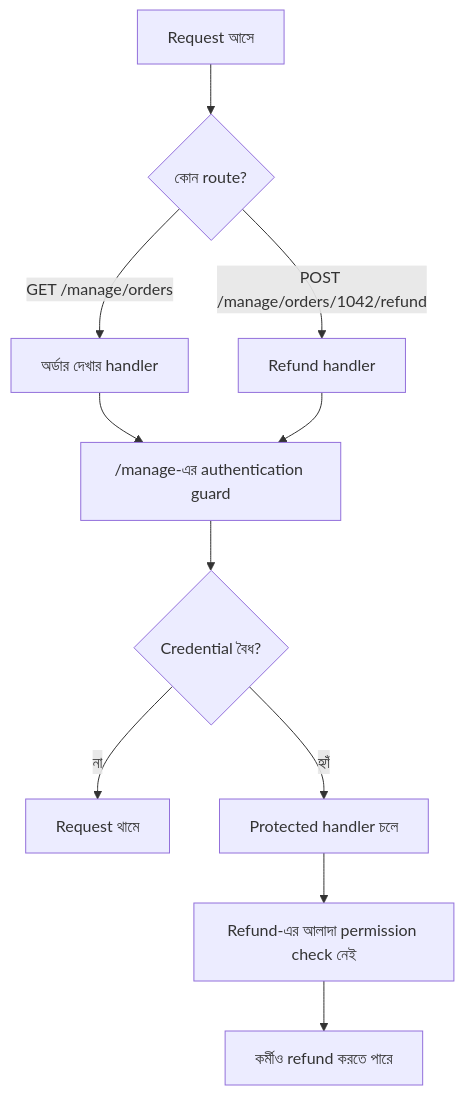
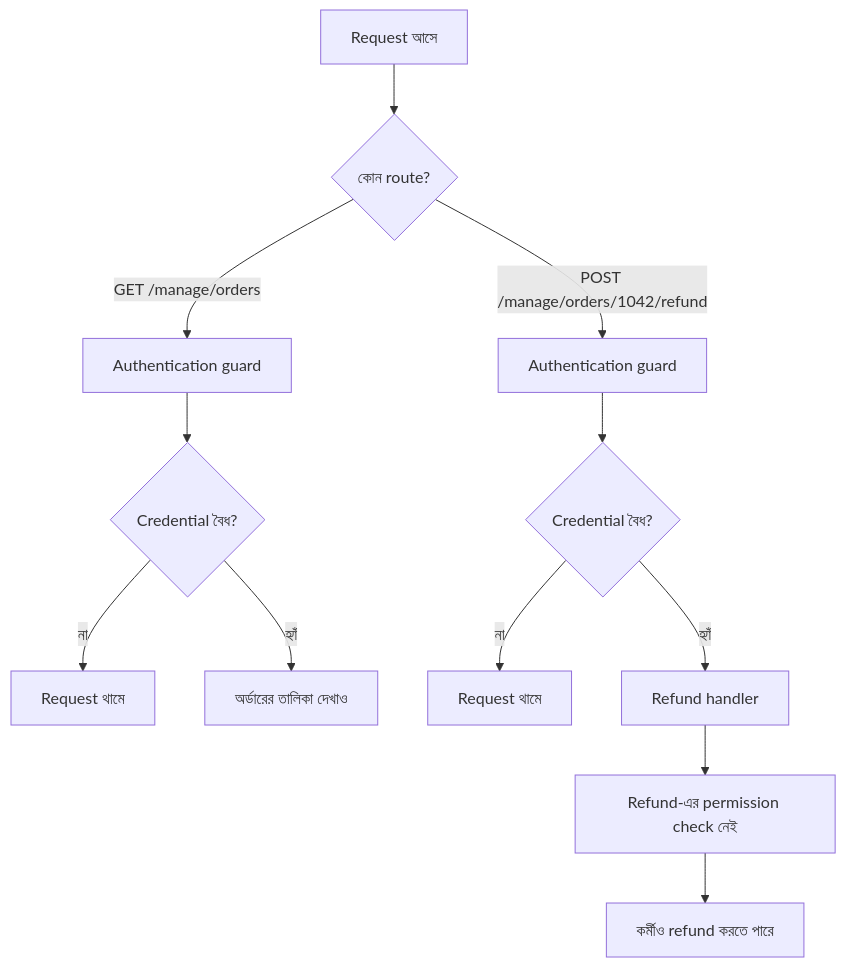
Before and after one commit to shomi-khan/auth-security-journey: the first of 11 diagrams in series/season-1-browser-session-token/02-authentication-vs-authorization/README.md, drawn with Mermaid.

Commit message:
docs(chapter-2): clarify route-specific authorization failure flow

````diff
--- a/series/season-1-browser-session-token/02-authentication-vs-authorization/README.md
+++ b/series/season-1-browser-session-token/02-authentication-vs-authorization/README.md
@@ -44,13 +44,14 @@
 ```mermaid
 flowchart TD
     R["Request আসে"] --> M{"কোন route?"}
-    M -->|"GET /manage/orders"| O["অর্ডার দেখার handler"]
-    M -->|"POST /manage/orders/1042/refund"| F["Refund handler"]
-    O --> G["/manage-এর authentication guard"]
-    F --> G
-    G --> A{"Credential বৈধ?"}
-    A -->|"না"| X["Request থামে"]
-    A -->|"হ্যাঁ"| H["Protected handler চলে"]
-    H --> N["Refund-এর আলাদা permission check নেই"]
+    M -->|"GET /manage/orders"| G1["Authentication guard"]
+    M -->|"POST /manage/orders/1042/refund"| G2["Authentication guard"]
+    G1 --> A1{"Credential বৈধ?"}
+    A1 -->|"না"| X1["Request থামে"]
+    A1 -->|"হ্যাঁ"| O["অর্ডারের তালিকা দেখাও"]
+    G2 --> A2{"Credential বৈধ?"}
+    A2 -->|"না"| X2["Request থামে"]
+    A2 -->|"হ্যাঁ"| F["Refund handler"]
+    F --> N["Refund-এর permission check নেই"]
     N --> BAD["কর্মীও refund করতে পারে"]
 ```
````
